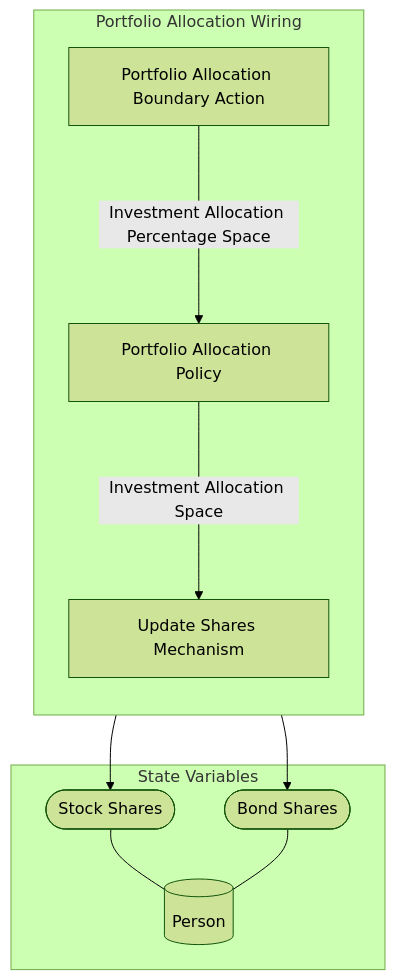
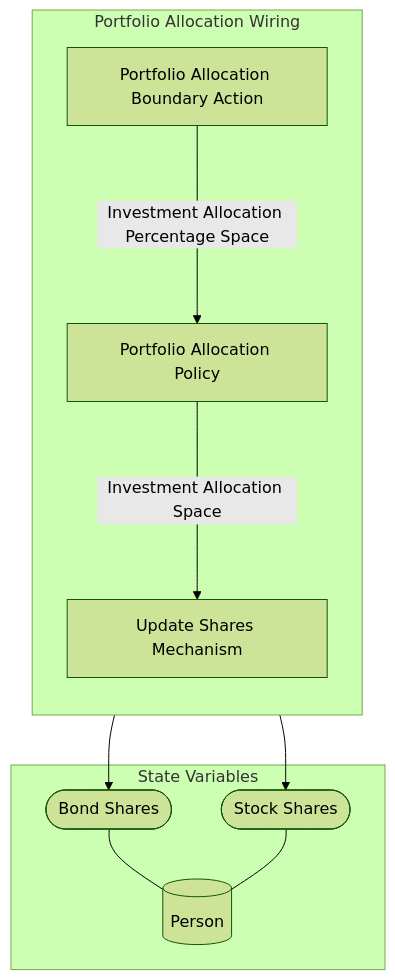
Before and after one commit to BlockScience/MSML: the diagram in examples/RetirementPlanning/reports/Markdown/Wiring/Portfolio Allocation Wiring.md, drawn with Mermaid (forest theme). The commit also changed other lines of this file and 12 other files, not shown here.

````diff
--- a/examples/RetirementPlanning/reports/Markdown/Wiring/Portfolio Allocation Wiring.md
+++ b/examples/RetirementPlanning/reports/Markdown/Wiring/Portfolio Allocation Wiring.md
@@ -3,22 +3,22 @@
 ```mermaid
 graph TB
 
 subgraph SVS["State Variables"]
 EE0[("Person")]
-EES0(["Stock Shares"])
+EES0(["Bond Shares"])
 EES0 --- EE0
-EES1(["Bond Shares"])
+EES1(["Stock Shares"])
 EES1 --- EE0
 end
 
 subgraph X4["Portfolio Allocation Wiring"]
 direction TB
 X1["Portfolio Allocation Boundary Action"]
 X2["Portfolio Allocation Policy"]
 X3["Update Shares Mechanism"]
+X3 --> EES1
 X3 --> EES0
-X3 --> EES1
 X1--"Investment Allocation Percentage Space"--->X2
 X2--"Investment Allocation Space"--->X3
 end
 ```
````
